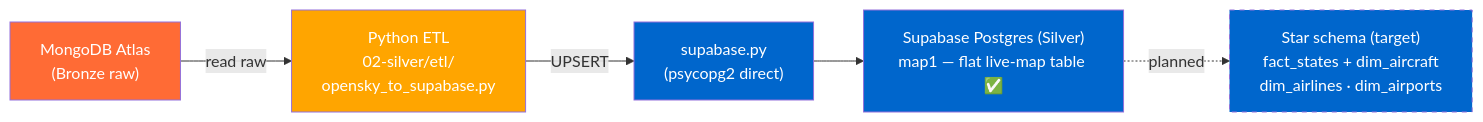
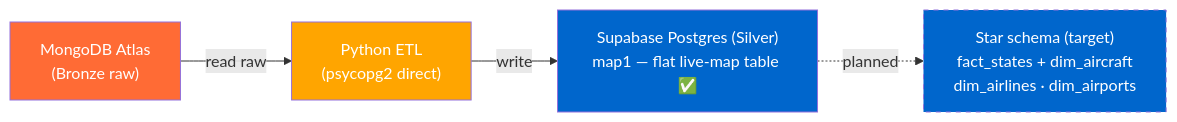
Before and after one commit to MatthiasSails/airline-data-platform: the second of 5 diagrams in docs/architecture/README.md, drawn with Mermaid. The commit also changed other lines of this file and 18 other files, not shown here.

````diff
--- a/docs/architecture/README.md
+++ b/docs/architecture/README.md
@@ -68,16 +57,12 @@
 ```mermaid
 graph LR
     MDB["MongoDB Atlas<br/>(Bronze raw)"]
-
-    MDB -->|read raw| ETL["Python ETL<br/>02-silver/etl/<br/>opensky_to_supabase.py"]
-
-    ETL -->|UPSERT| CON["supabase.py<br/>(psycopg2 direct)"]
-    CON --> PG["Supabase Postgres (Silver)<br/>map1 — flat live-map table ✅"]
+    MDB -->|read raw| ETL["Python ETL<br/>(psycopg2 direct)"]
+    ETL -->|write| PG["Supabase Postgres (Silver)<br/>map1 — flat live-map table ✅"]
     PG -.->|planned| STAR["Star schema (target)<br/>fact_states + dim_aircraft<br/>dim_airlines · dim_airports"]
 
     style MDB fill:#FF6B35,color:#fff
     style ETL fill:#FFA500,color:#fff
-    style CON fill:#0066CC,color:#fff
     style PG fill:#0066CC,color:#fff
     style STAR fill:#0066CC,color:#fff,stroke-dasharray:5 5
 ```
````
